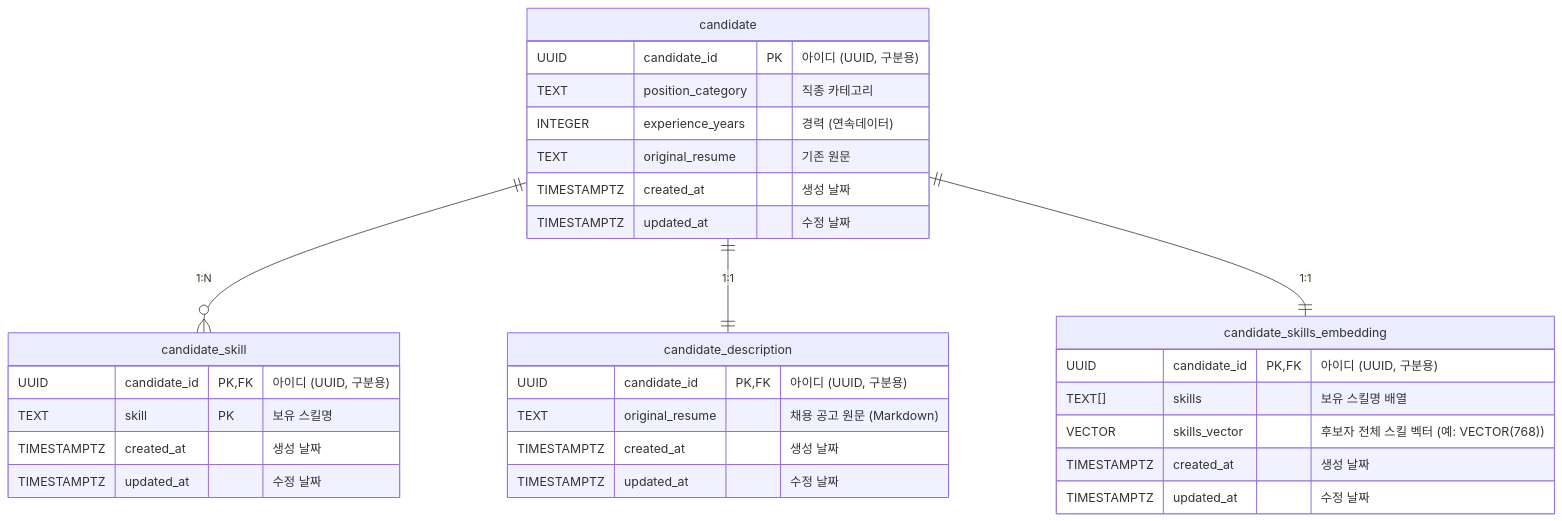
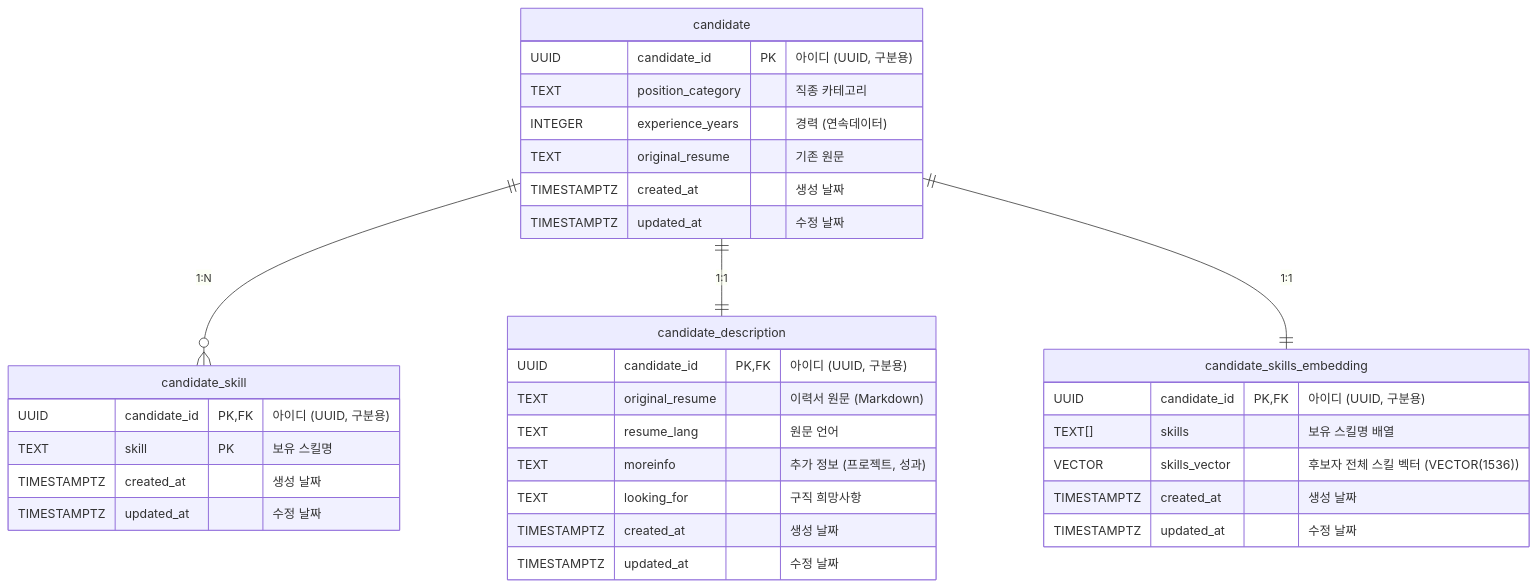
One commit to Alpha-Match/Alpha-Match changed the second of 4 diagrams in Backend/docs/table_specification.md. Above: the diagram before and after it, drawn with Mermaid. The commit also changed other lines of this file and 14 other files, not shown here.

````diff
--- a/Backend/docs/table_specification.md
+++ b/Backend/docs/table_specification.md
@@ -58,37 +58,40 @@
 ```mermaid
 erDiagram
     candidate {
         UUID candidate_id PK "아이디 (UUID, 구분용)"
         TEXT position_category "직종 카테고리"
         INTEGER experience_years "경력 (연속데이터)"
         TEXT original_resume "기존 원문"
         TIMESTAMPTZ created_at "생성 날짜"
         TIMESTAMPTZ updated_at "수정 날짜"
     }
 
     candidate_description {
         UUID candidate_id PK,FK "아이디 (UUID, 구분용)"
-        TEXT original_resume "채용 공고 원문 (Markdown)"
+        TEXT original_resume "이력서 원문 (Markdown)"
+        TEXT resume_lang "원문 언어"
+        TEXT moreinfo "추가 정보 (프로젝트, 성과)"
+        TEXT looking_for "구직 희망사항"
         TIMESTAMPTZ created_at "생성 날짜"
         TIMESTAMPTZ updated_at "수정 날짜"
     }
     
     candidate_skill {
         UUID candidate_id PK,FK "아이디 (UUID, 구분용)"
         TEXT skill PK "보유 스킬명"
         TIMESTAMPTZ created_at "생성 날짜"
         TIMESTAMPTZ updated_at "수정 날짜"
     }
 
     candidate_skills_embedding {
         UUID candidate_id PK,FK "아이디 (UUID, 구분용)"
         TEXT[] skills "보유 스킬명 배열"
-        VECTOR skills_vector "후보자 전체 스킬 벡터 (예: VECTOR(768))"
+        VECTOR skills_vector "후보자 전체 스킬 벡터 (VECTOR(1536))"
         TIMESTAMPTZ created_at "생성 날짜"
         TIMESTAMPTZ updated_at "수정 날짜"
     }
 
     candidate ||--o{ candidate_skill : "1:N"
     candidate ||--|| candidate_description : "1:1"
     candidate ||--|| candidate_skills_embedding : "1:1"
 ```
````
